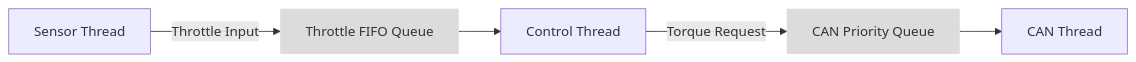
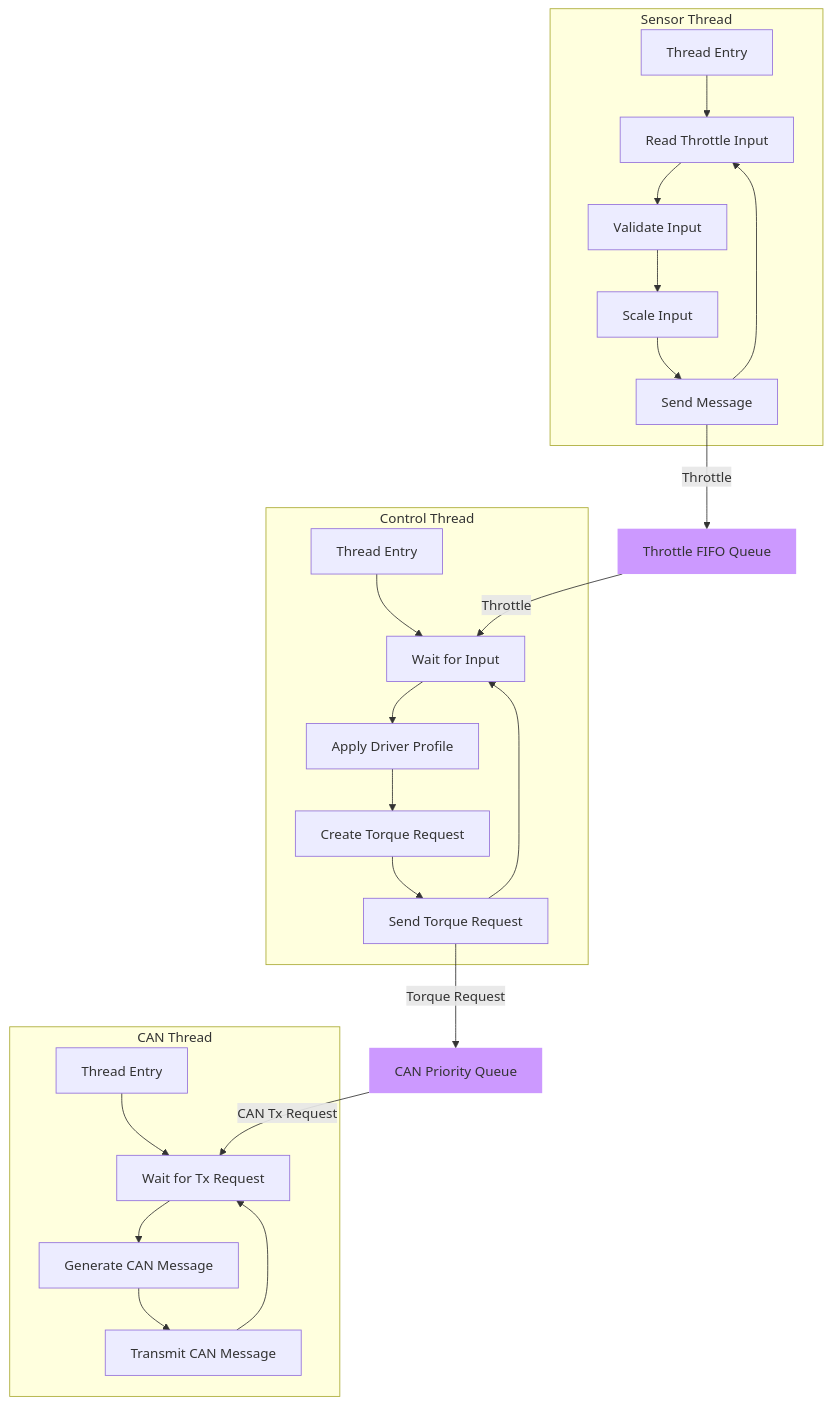
The diagram in README.md (sufst/vcu), drawn with Mermaid before and after one commit.

Commit message:
More detailed diagrams

````diff
--- a/README.md
+++ b/README.md
@@ -5,16 +5,40 @@
 ```mermaid
-graph LR
+graph TB
 
-    classDef QueueClass fill:#DCDCDC,stroke-width:0px;
+    classDef QueueClass fill:#cc99ff,stroke-width:0px;
+       
+    subgraph Sensor Thread
+        SE[Thread Entry]--> SR
+        SR[Read Throttle Input]
+        SV[Validate Input]
+        SS[Scale Input]
+        SM[Send Message]
+        SR --> SV --> SS --> SM --> SR
+    end
     
-    A[Sensor Thread] -- Throttle Input --> T
-    B[Control Thread] -- Torque Request --> P
-    C[CAN Thread]
+    subgraph Control Thread
+        CE[Thread Entry]
+        CW[Wait for Input]
+        CD[Apply Driver Profile]
+        CT[Create Torque Request]
+        CM[Send Torque Request]
+        CE --> CW --> CD --> CT --> CM --> CW
+    end
     
-    T --> B
-    P --> C
-    
-    P[CAN Priority Queue]:::QueueClass
-    T[Throttle FIFO Queue]:::QueueClass
+    subgraph CAN Thread
+        BE[Thread Entry]
+        BW[Wait for Tx Request]
+        BG[Generate CAN Message]
+        BT[Transmit CAN Message]
+        BE --> BW --> BG --> BT --> BW
+    end
+  
+    SM -- Throttle --> QT
+    QT -- Throttle --> CW
+    CM -- Torque Request --> QC
+    QC -- CAN Tx Request --> BW
+
+    QC[CAN Priority Queue]:::QueueClass
+    QT[Throttle FIFO Queue]:::QueueClass
     
 ```
````
